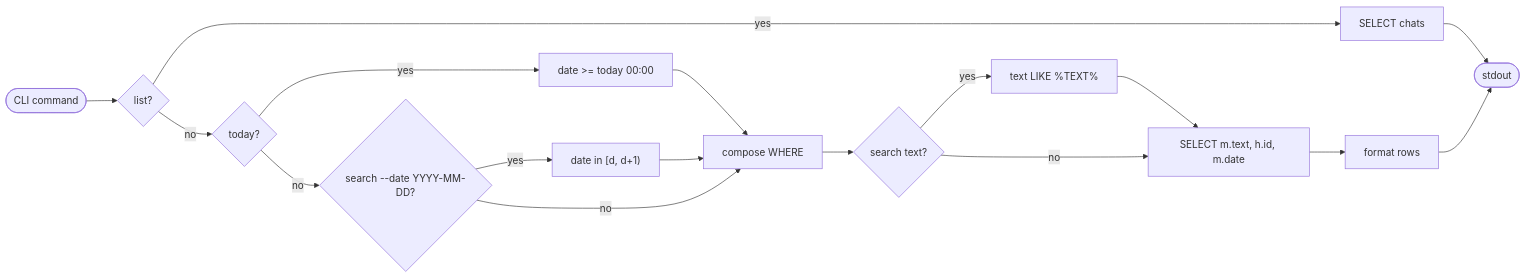
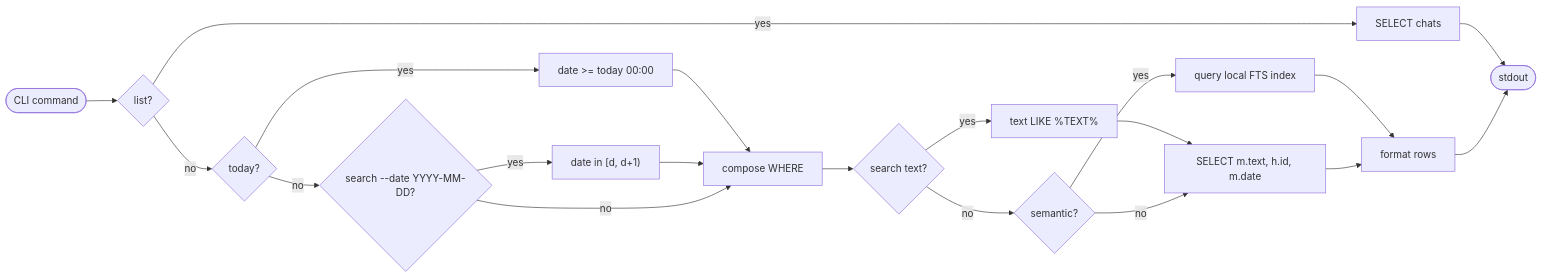
One commit to ml-lubich/imessage-exporter changed the second of 5 diagrams in README.md. Above: the diagram before and after it, drawn with Mermaid. The commit also changed other lines of this file and 4 other files, not shown here.

````diff
--- a/README.md
+++ b/README.md
@@ -46,27 +46,31 @@
 ```mermaid
 flowchart LR
     A([CLI command])
     B{"list?"}
     C["SELECT chats"]
     D{"today?"}
     E["date >= today 00:00"]
     F{"search --date YYYY-MM-DD?"}
     G["date in [d, d+1)"]
     H{"search text?"}
     I["text LIKE %TEXT%"]
+    M{"semantic?"}
+    N["query local FTS index"]
     J["compose WHERE"]
     K["SELECT m.text, h.id, m.date"]
     L["format rows"]
     Z([stdout])
     A --> B
     B -- yes --> C --> Z
     B -- no  --> D
     D -- yes --> E --> J
     D -- no  --> F
     F -- yes --> G --> J
     F -- no  --> J
     J --> H
     H -- yes --> I --> K
-    H -- no  --> K
+    H -- no  --> M
+    M -- yes --> N --> L
+    M -- no --> K
     K --> L --> Z
 ```
````
